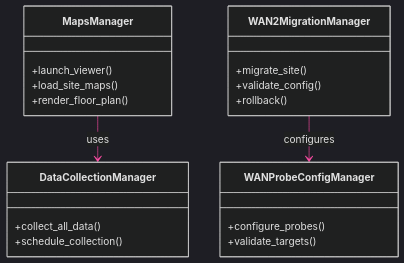
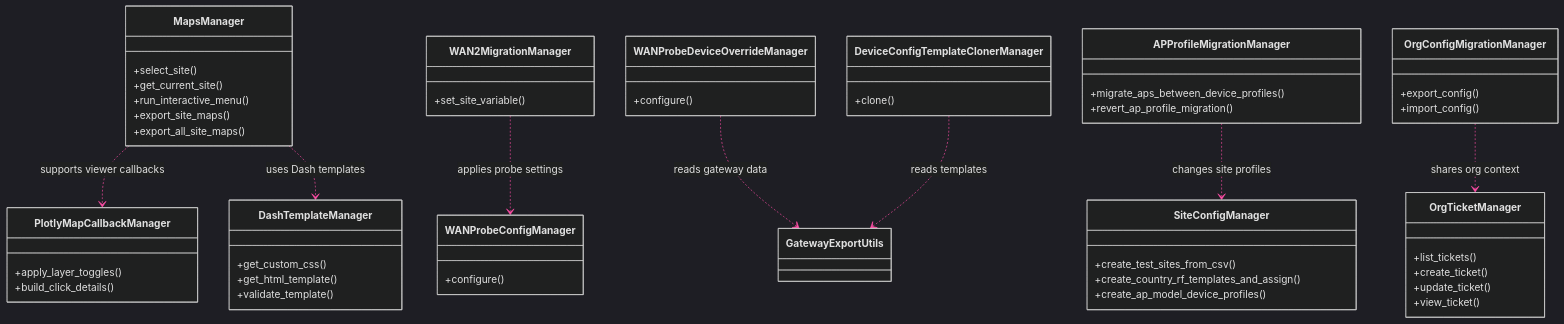
One commit to jmorrison-juniper/MistHelper changed the third of 3 diagrams in documentation/diagrams/class-hierarchy/managers.md. Above: the diagram before and after it, drawn with Mermaid. The commit also changed other lines of this file and 110 other files, not shown here.

First line of the commit message:
docs(docs): audit documentation and add menu API endpoint map (#3418)

````diff
--- a/documentation/diagrams/class-hierarchy/managers.md
+++ b/documentation/diagrams/class-hierarchy/managers.md
@@ -132,38 +145,69 @@
 ```mermaid
 %%{init: {'theme': 'dark', 'themeVariables': {
   'primaryColor': '#E20074',
   'primaryTextColor': '#E0E0E0',
   'primaryBorderColor': '#99004D',
   'lineColor': '#FF4DA6',
   'secondaryColor': '#16213E',
   'tertiaryColor': '#1A1A2E',
   'fontFamily': 'ui-monospace, monospace'
 }}}%%
 classDiagram
     direction TB
 
     class MapsManager {
-        +launch_viewer()
-        +load_site_maps()
-        +render_floor_plan()
+        +select_site()
+        +get_current_site()
+        +run_interactive_menu()
+        +export_site_maps()
+        +export_all_site_maps()
+    }
+    class PlotlyMapCallbackManager {
+        +apply_layer_toggles()
+        +build_click_details()
+    }
+    class DashTemplateManager {
+        +get_custom_css()
+        +get_html_template()
+        +validate_template()
+    }
+    class WAN2MigrationManager {
+        +set_site_variable()
+    }
+    class WANProbeConfigManager {
+        +configure()
+    }
+    class WANProbeDeviceOverrideManager {
+        +configure()
+    }
+    class DeviceConfigTemplateClonerManager {
+        +clone()
+    }
+    class APProfileMigrationManager {
+        +migrate_aps_between_device_profiles()
+        +revert_ap_profile_migration()
+    }
+    class SiteConfigManager {
+        +create_test_sites_from_csv()
+        +create_country_rf_templates_and_assign()
+        +create_ap_model_device_profiles()
+    }
+    class OrgConfigMigrationManager {
+        +export_config()
+        +import_config()
+    }
+    class OrgTicketManager {
+        +list_tickets()
+        +create_ticket()
+        +update_ticket()
+        +view_ticket()
     }
 
-    class WAN2MigrationManager {
-        +migrate_site()
-        +validate_config()
-        +rollback()
-    }
-
-    class WANProbeConfigManager {
-        +configure_probes()
-        +validate_targets()
-    }
-
-    class DataCollectionManager {
-        +collect_all_data()
-        +schedule_collection()
-    }
-
-    MapsManager --> DataCollectionManager : uses
-    WAN2MigrationManager --> WANProbeConfigManager : configures
+    MapsManager ..> PlotlyMapCallbackManager : supports viewer callbacks
+    MapsManager ..> DashTemplateManager : uses Dash templates
+    WAN2MigrationManager ..> WANProbeConfigManager : applies probe settings
+    WANProbeDeviceOverrideManager ..> GatewayExportUtils : reads gateway data
+    DeviceConfigTemplateClonerManager ..> GatewayExportUtils : reads templates
+    APProfileMigrationManager ..> SiteConfigManager : changes site profiles
+    OrgConfigMigrationManager ..> OrgTicketManager : shares org context
 ```
````
